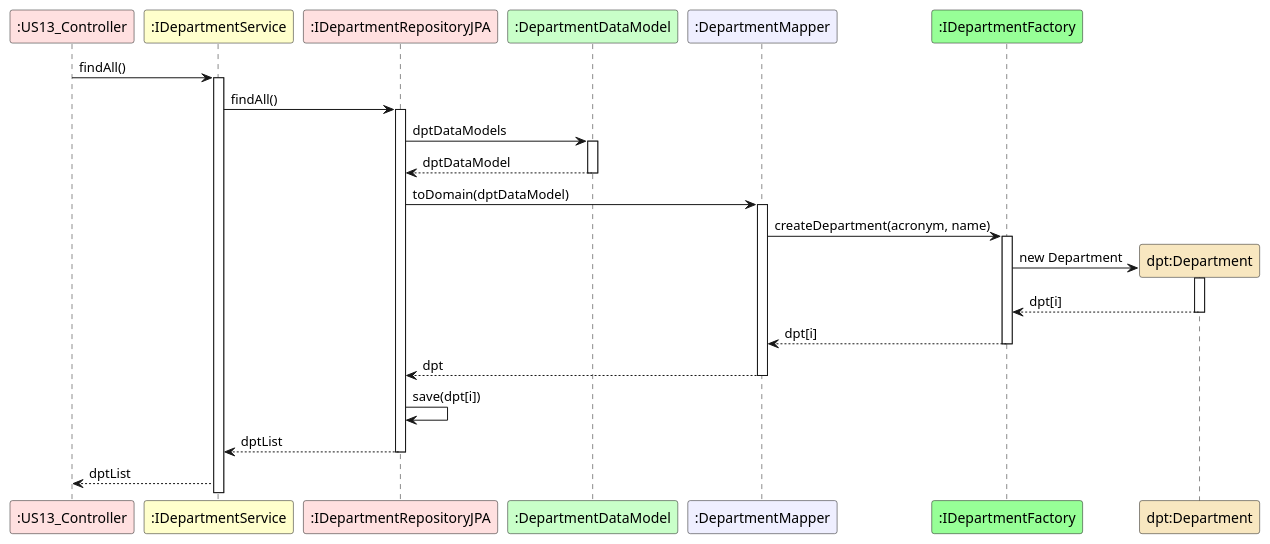
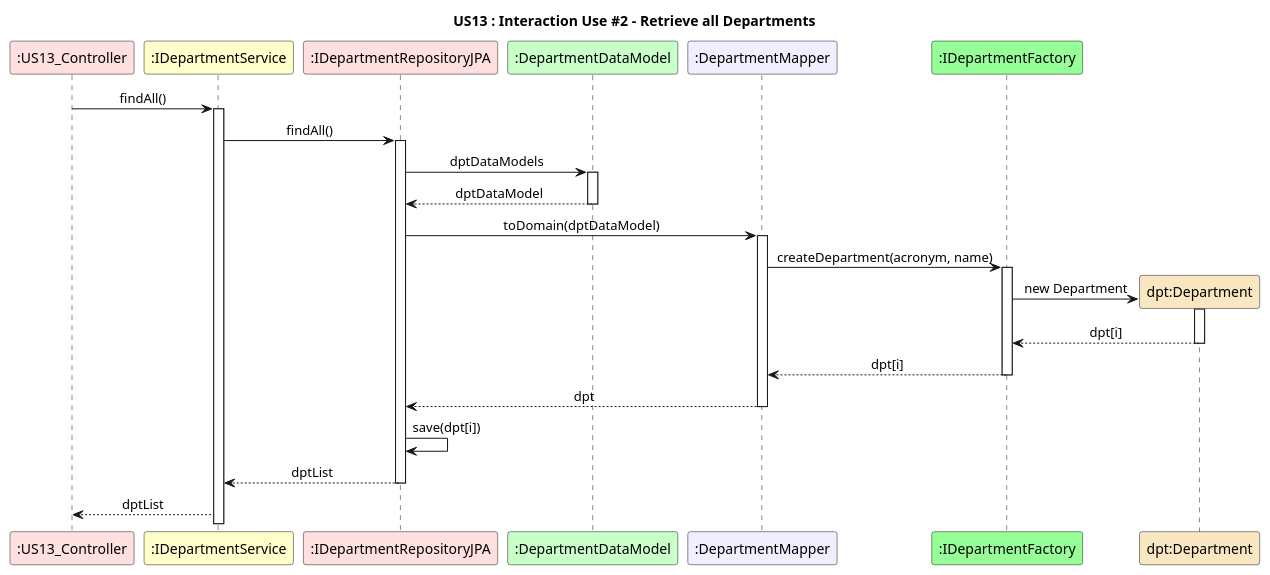
One commit to GasparISEP/DevOps-PAI changed the diagram in docs/US13/Documentation_SpringData_JPA/US13_SD_Interaction_Use_#2.puml. Above: the diagram before and after it, drawn with PlantUML. The commit also changed 5 other files, not shown here.

```diff
--- a/docs/US13/Documentation_SpringData_JPA/US13_SD_Interaction_Use_#2.puml
+++ b/docs/US13/Documentation_SpringData_JPA/US13_SD_Interaction_Use_#2.puml
@@ -1,35 +1,39 @@
 @startuml
+
+title US13 : Interaction Use #2 - Retrieve all Departments
+skinparam sequenceMessageAlign center
+
 participant ":US13_Controller" as controller #implementation
 participant ":IDepartmentService" as IdptService #business
 participant ":IDepartmentRepositoryJPA" as IdptRepoJPA #implementation
 participant ":DepartmentDataModel" as dptDataModel #technology
 participant ":DepartmentMapper" as dptMapper #motivation
 participant ":IDepartmentFactory" as dptFactory #physical
 participant "dpt:Department" as dpt #strategy
 
 
 controller -> IdptService : findAll()
 activate IdptService
 IdptService -> IdptRepoJPA : findAll()
 activate IdptRepoJPA
 IdptRepoJPA -> dptDataModel : dptDataModels
 activate dptDataModel
 dptDataModel --> IdptRepoJPA : dptDataModel
 deactivate dptDataModel
 IdptRepoJPA -> dptMapper : toDomain(dptDataModel)
 activate dptMapper
 dptMapper -> dptFactory : createDepartment(acronym, name)
 activate dptFactory
 dptFactory -> dpt** : new Department
 activate dpt
 dpt --> dptFactory : dpt[i]
 deactivate dpt
 dptFactory --> dptMapper : dpt[i]
 deactivate dptFactory
 dptMapper --> IdptRepoJPA : dpt
 deactivate dptMapper
 IdptRepoJPA -> IdptRepoJPA : save(dpt[i])
 IdptRepoJPA --> IdptService : dptList
 deactivate IdptRepoJPA
 IdptService --> controller : dptList
 @enduml
```
